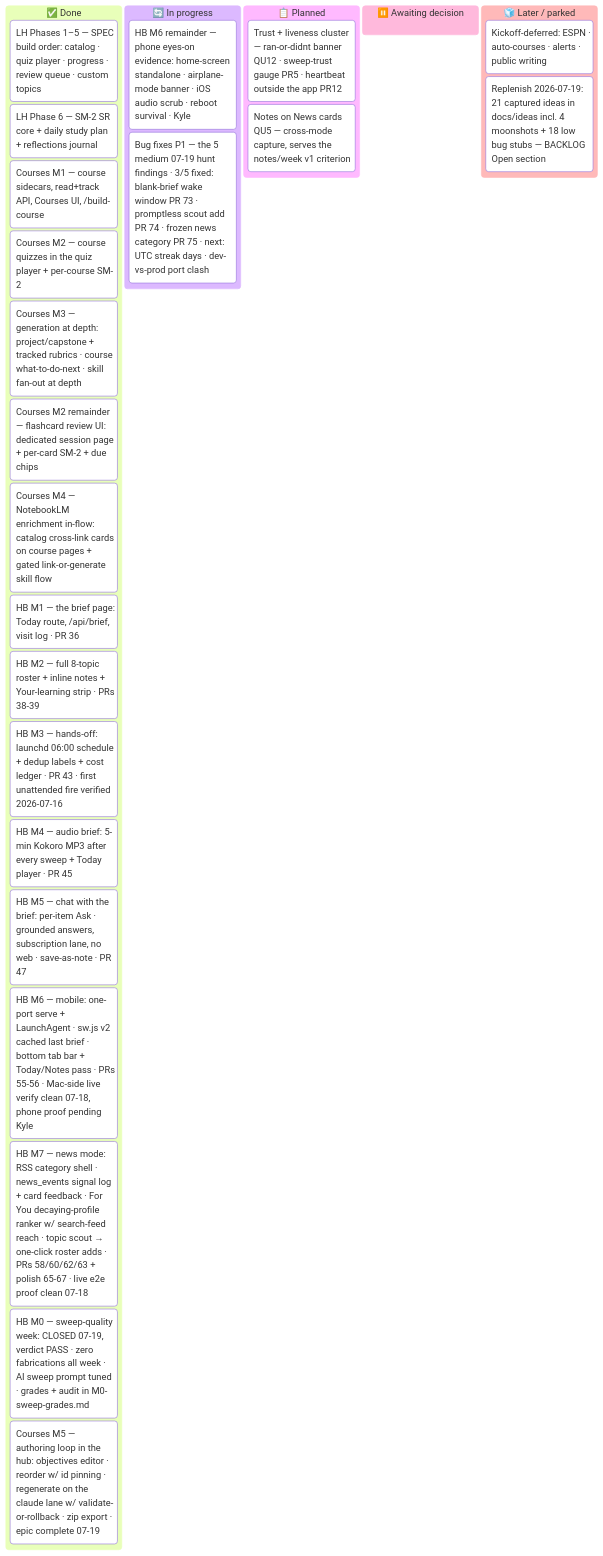
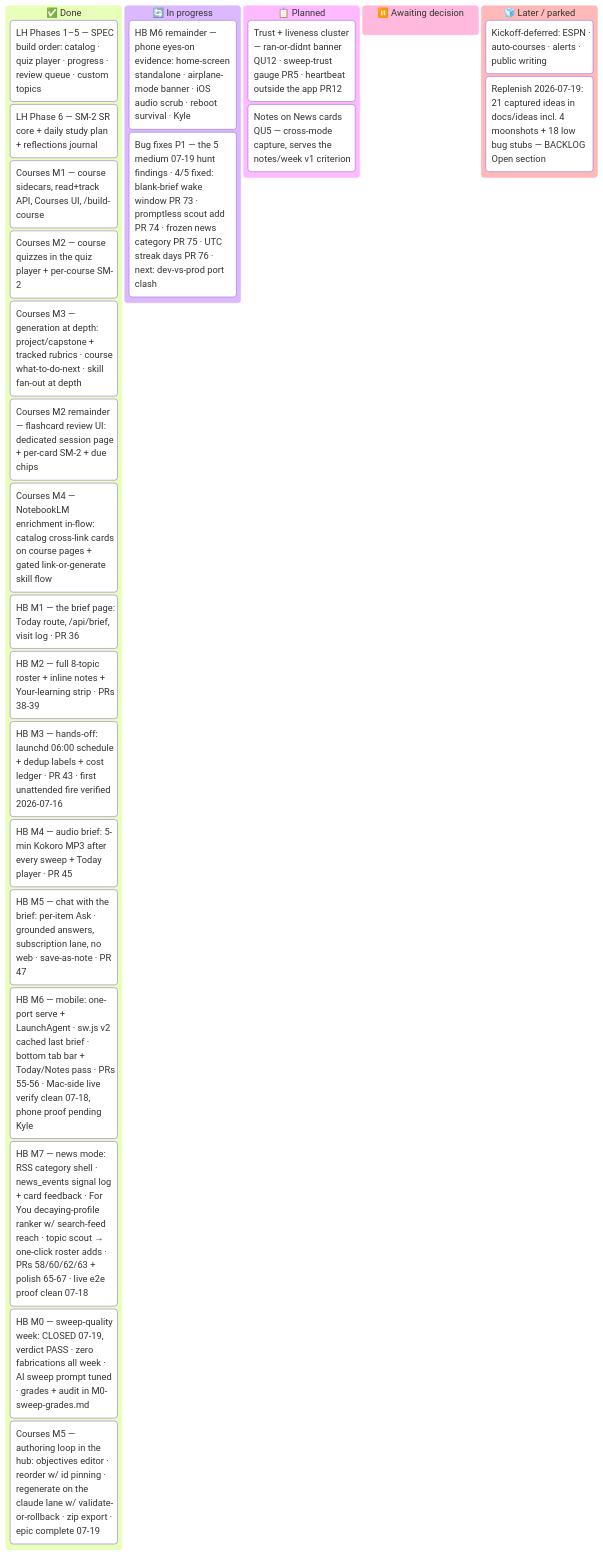
Before and after one commit to ksdisch/home-base: the diagram in docs/MASTER_PLAN.md, drawn with Mermaid. The commit also changed other lines of this file and 1 other file, not shown here.

Commit message:
docs: BACKLOG + MASTER_PLAN — P1 bug #4 fixed (PR #76), 4/5 on the card

````diff
--- a/docs/MASTER_PLAN.md
+++ b/docs/MASTER_PLAN.md
@@ -42,30 +42,30 @@
 ```mermaid
 kanban
   done["✅ Done"]
     lh15["LH Phases 1–5 — SPEC build order: catalog · quiz player · progress · review queue · custom topics"]
     lh6["LH Phase 6 — SM-2 SR core + daily study plan + reflections journal"]
     lh7["Courses M1 — course sidecars, read+track API, Courses UI, /build-course"]
     lh7m2["Courses M2 — course quizzes in the quiz player + per-course SM-2"]
     lh7m3["Courses M3 — generation at depth: project/capstone + tracked rubrics · course what-to-do-next · skill fan-out at depth"]
     lh7fc["Courses M2 remainder — flashcard review UI: dedicated session page + per-card SM-2 + due chips"]
     lh7m4["Courses M4 — NotebookLM enrichment in-flow: catalog cross-link cards on course pages + gated link-or-generate skill flow"]
     hbm1["HB M1 — the brief page: Today route, /api/brief, visit log · PR 36"]
     hbm2["HB M2 — full 8-topic roster + inline notes + Your-learning strip · PRs 38-39"]
     hbm3["HB M3 — hands-off: launchd 06:00 schedule + dedup labels + cost ledger · PR 43 · first unattended fire verified 2026-07-16"]
     hbm4["HB M4 — audio brief: 5-min Kokoro MP3 after every sweep + Today player · PR 45"]
     hbm5["HB M5 — chat with the brief: per-item Ask · grounded answers, subscription lane, no web · save-as-note · PR 47"]
     hbm6["HB M6 — mobile: one-port serve + LaunchAgent · sw.js v2 cached last brief · bottom tab bar + Today/Notes pass · PRs 55-56 · Mac-side live verify clean 07-18, phone proof pending Kyle"]
     hbm7["HB M7 — news mode: RSS category shell · news_events signal log + card feedback · For You decaying-profile ranker w/ search-feed reach · topic scout → one-click roster adds · PRs 58/60/62/63 + polish 65-67 · live e2e proof clean 07-18"]
     hbm0["HB M0 — sweep-quality week: CLOSED 07-19, verdict PASS · zero fabrications all week · AI sweep prompt tuned · grades + audit in M0-sweep-grades.md"]
     cm5["Courses M5 — authoring loop in the hub: objectives editor · reorder w/ id pinning · regenerate on the claude lane w/ validate-or-rollback · zip export · epic complete 07-19"]
   doing["🔄 In progress"]
     hbm6proof["HB M6 remainder — phone eyes-on evidence: home-screen standalone · airplane-mode banner · iOS audio scrub · reboot survival · Kyle"]
-    bugp1["Bug fixes P1 — the 5 medium 07-19 hunt findings · 3/5 fixed: blank-brief wake window PR 73 · promptless scout add PR 74 · frozen news category PR 75 · next: UTC streak days · dev-vs-prod port clash"]
+    bugp1["Bug fixes P1 — the 5 medium 07-19 hunt findings · 4/5 fixed: blank-brief wake window PR 73 · promptless scout add PR 74 · frozen news category PR 75 · UTC streak days PR 76 · next: dev-vs-prod port clash"]
   next["📋 Planned"]
     trust["Trust + liveness cluster — ran-or-didnt banner QU12 · sweep-trust gauge PR5 · heartbeat outside the app PR12"]
     qnotes["Notes on News cards QU5 — cross-mode capture, serves the notes/week v1 criterion"]
   decide["⏸️ Awaiting decision"]
   later["🧊 Later / parked"]
     defer["Kickoff-deferred: ESPN · auto-courses · alerts · public writing"]
     replen["Replenish 2026-07-19: 21 captured ideas in docs/ideas incl. 4 moonshots + 18 low bug stubs — BACKLOG Open section"]
 ```
````
